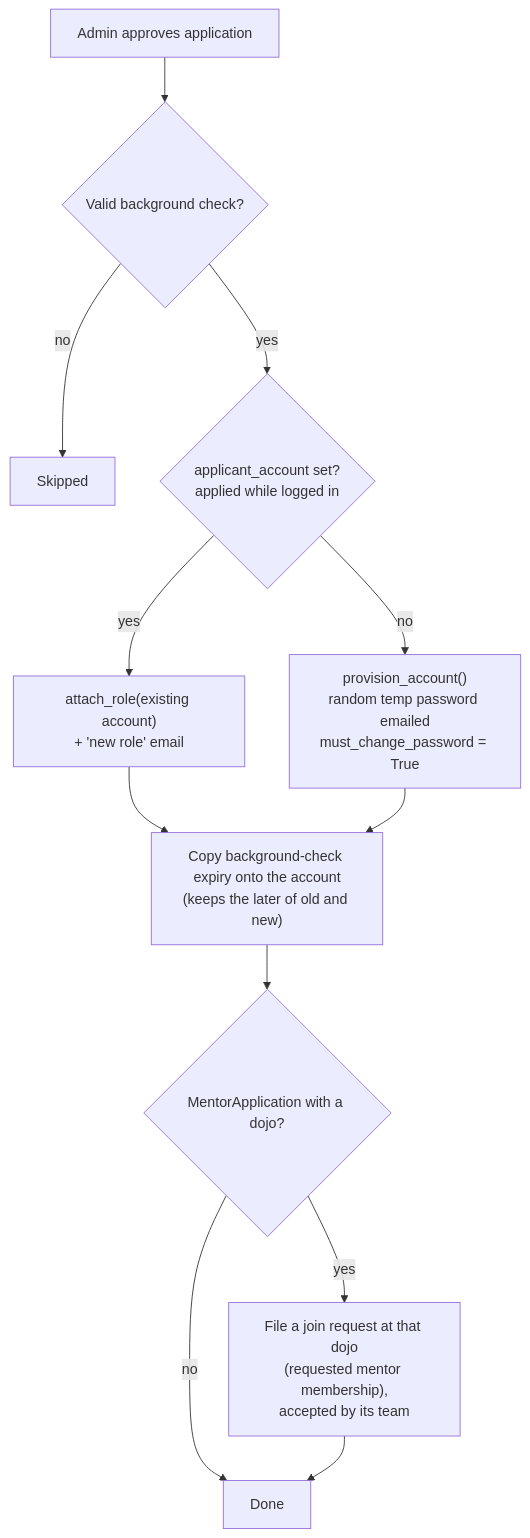
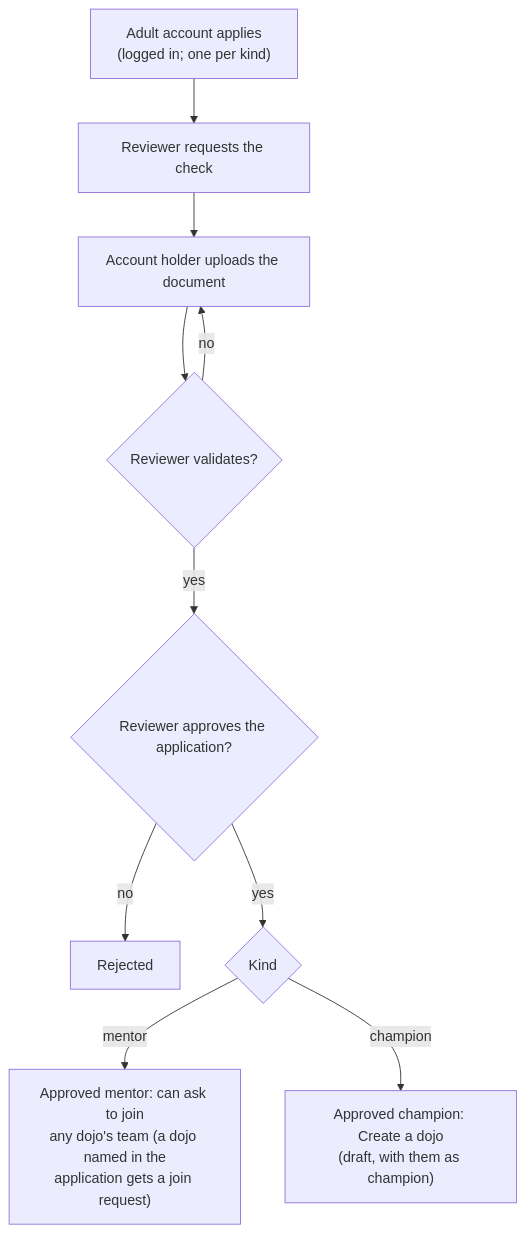
Before and after one commit to DoublG/coderdojo-event-registration: the tenth of 20 diagrams in DATA_MODEL.md, drawn with Mermaid. The commit also changed other lines of this file and 56 other files, not shown here.

````diff
--- a/DATA_MODEL.md
+++ b/DATA_MODEL.md
@@ -406,14 +393,12 @@
 ```mermaid
 flowchart TD
-    A[Admin approves application] --> V{Valid background check?}
-    V -- no --> S[Skipped]
-    V -- yes --> E{applicant_account set?<br/>applied while logged in}
-    E -- yes --> P["attach_role(existing account)<br/>+ 'new role' email"]
-    E -- no --> N["provision_account()<br/>random temp password emailed<br/>must_change_password = True"]
-    P --> X["Copy background-check expiry onto the account<br/>(keeps the later of old and new)"]
-    N --> X
-    X --> K{MentorApplication with a dojo?}
-    K -- yes --> M["File a join request at that dojo<br/>(requested mentor membership),<br/>accepted by its team"]
-    K -- no --> D[Done]
-    M --> D
+    A["Adult account applies<br/>(logged in; one per kind)"] --> R[Reviewer requests the check]
+    R --> U[Account holder uploads the document]
+    U --> V{Reviewer validates?}
+    V -- no --> U
+    V -- yes --> P{Reviewer approves the application?}
+    P -- no --> X[Rejected]
+    P -- yes --> K{Kind}
+    K -- mentor --> M["Approved mentor: can ask to join<br/>any dojo's team (a dojo named in the<br/>application gets a join request)"]
+    K -- champion --> C["Approved champion: Create a dojo<br/>(draft, with them as champion)"]
 ```
````
